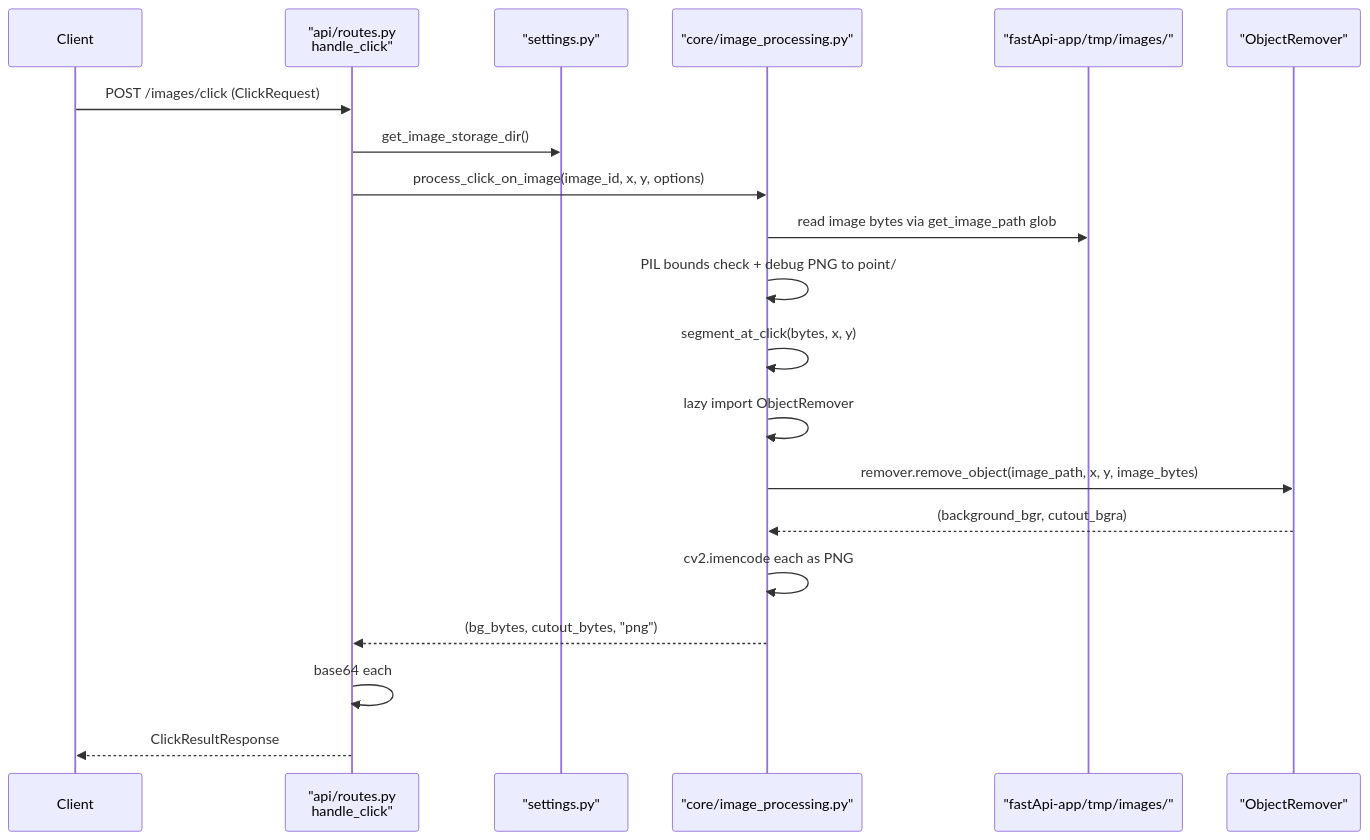
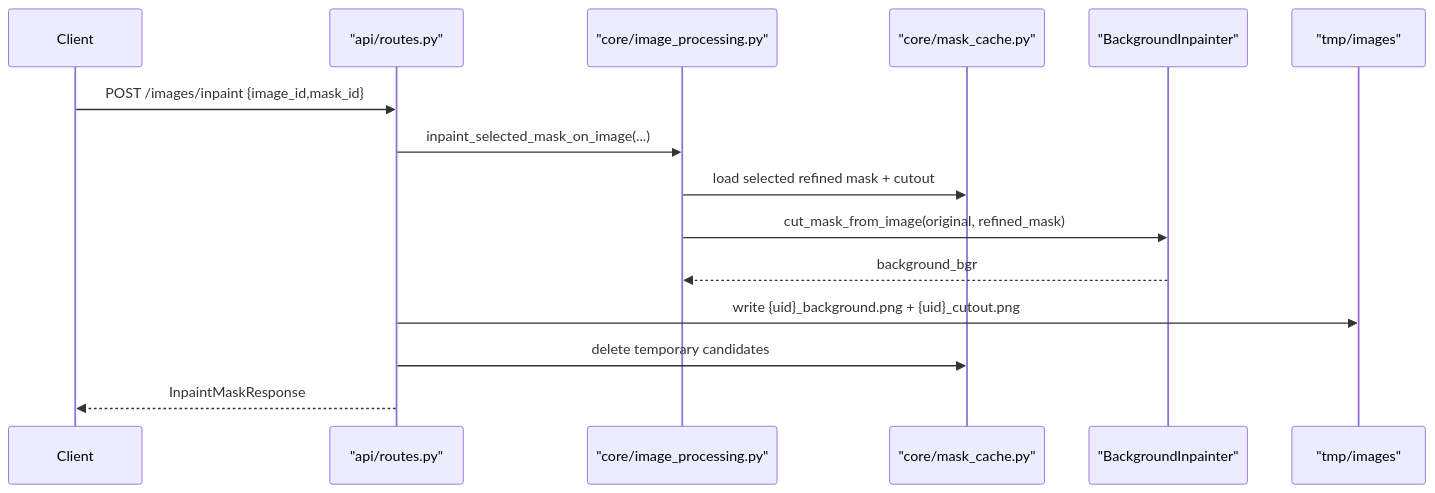
One commit to 1mache/avroom changed the third of 3 diagrams in docs/backend/data-flow.md. Above: the diagram before and after it, drawn with Mermaid. The commit also changed other lines of this file and 25 other files, not shown here.

````diff
--- a/docs/backend/data-flow.md
+++ b/docs/backend/data-flow.md
@@ -29,23 +42,18 @@
 ```mermaid
 sequenceDiagram
     participant Client
-    participant Router as "api/routes.py<br/>handle_click"
-    participant Settings as "settings.py"
+    participant Router as "api/routes.py"
     participant Core as "core/image_processing.py"
-    participant Disk as "fastApi-app/tmp/images/"
-    participant AI as "ObjectRemover"
+    participant Cache as "core/mask_cache.py"
+    participant AI as "BackgroundInpainter"
+    participant Disk as "tmp/images"
 
-    Client->>Router: POST /images/click (ClickRequest)
-    Router->>Settings: get_image_storage_dir()
-    Router->>Core: process_click_on_image(image_id, x, y, options)
-    Core->>Disk: read image bytes via get_image_path glob
-    Core->>Core: PIL bounds check + debug PNG to point/
-    Core->>Core: segment_at_click(bytes, x, y)
-    Core->>Core: lazy import ObjectRemover
-    Core->>AI: remover.remove_object(image_path, x, y, image_bytes)
-    AI-->>Core: (background_bgr, cutout_bgra)
-    Core->>Core: cv2.imencode each as PNG
-    Core-->>Router: (bg_bytes, cutout_bytes, "png")
-    Router->>Router: base64 each
-    Router-->>Client: ClickResultResponse
+    Client->>Router: POST /images/inpaint {image_id,mask_id}
+    Router->>Core: inpaint_selected_mask_on_image(...)
+    Core->>Cache: load selected refined mask + cutout
+    Core->>AI: cut_mask_from_image(original, refined_mask)
+    AI-->>Core: background_bgr
+    Router->>Disk: write {uid}_background.png + {uid}_cutout.png
+    Router->>Cache: delete temporary candidates
+    Router-->>Client: InpaintMaskResponse
 ```
````
